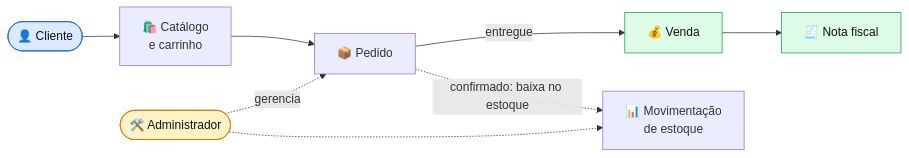
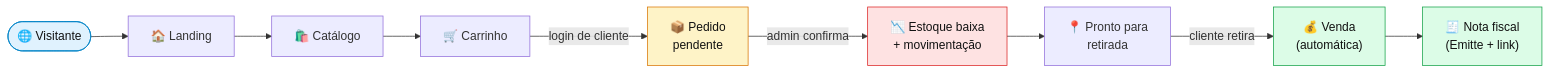
Before and after one commit to Protagonistas-ADS/PI-2: the second of 15 diagrams in README.md, drawn with Mermaid. The commit also changed other lines of this file, not shown here.

````diff
--- a/README.md
+++ b/README.md
@@ -138,15 +236,14 @@
 ```mermaid
 flowchart LR
-    A(["👤 Cliente"]) --> B["🛍️ Catálogo<br/>e carrinho"]
-    B --> D["📦 Pedido"]
-    D -- "entregue" --> E["💰 Venda"]
-    E --> F["🧾 Nota fiscal"]
-    D -. "confirmado: baixa no estoque" .-> G["📊 Movimentação<br/>de estoque"]
-    H(["🛠️ Administrador"]) -. "gerencia" .-> D
-    H -.-> G
+    V(["🌐 Visitante"]) --> L["🏠 Landing"] --> C["🛍️ Catálogo"] --> K["🛒 Carrinho"]
+    K -- "login de cliente" --> P["📦 Pedido<br/>pendente"]
+    P -- "admin confirma" --> E["📉 Estoque baixa<br/>+ movimentação"]
+    E --> R["📍 Pronto para<br/>retirada"] -- "cliente retira" --> VD["💰 Venda<br/>(automática)"]
+    VD --> NF["🧾 Nota fiscal<br/>(Emitte + link)"]
 
-    style A fill:#dbeafe,stroke:#2563eb,color:#111
-    style H fill:#fef3c7,stroke:#d97706,color:#111
-    style E fill:#dcfce7,stroke:#16a34a,color:#111
-    style F fill:#dcfce7,stroke:#16a34a,color:#111
+    style V fill:#e0f2fe,stroke:#0284c7,color:#111
+    style P fill:#fef3c7,stroke:#d97706,color:#111
+    style E fill:#fee2e2,stroke:#dc2626,color:#111
+    style VD fill:#dcfce7,stroke:#16a34a,color:#111
+    style NF fill:#dcfce7,stroke:#16a34a,color:#111
 ```
````
